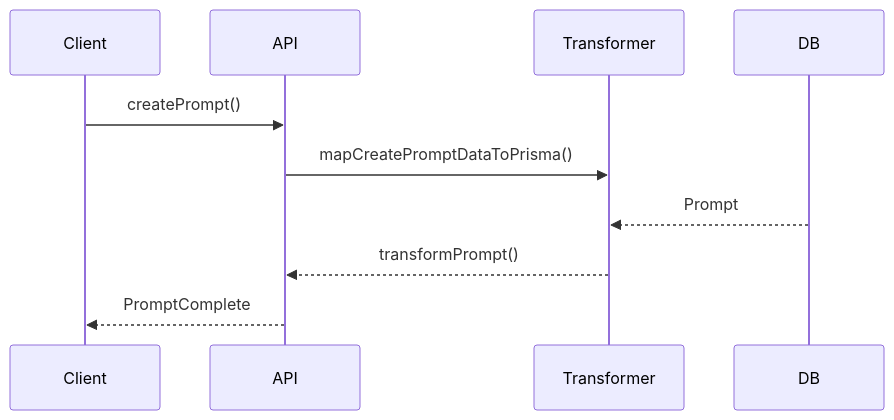
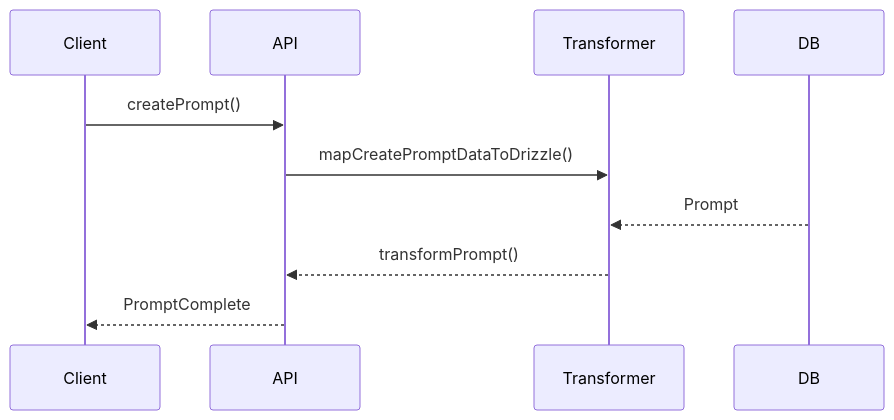
One commit to gvastethecreator/media-manager changed the second of 2 diagrams in src/types/entities/prompt/documentation.md. Above: the diagram before and after it, drawn with Mermaid. The commit also changed 185 other files, not shown here.

````diff
--- a/src/types/entities/prompt/documentation.md
+++ b/src/types/entities/prompt/documentation.md
@@ -70,13 +70,13 @@
 ```mermaid
 sequenceDiagram
     participant Client
     participant API
     participant Transformer
     participant DB
     Client->>API: createPrompt()
-    API->>Transformer: mapCreatePromptDataToPrisma()
+    API->>Transformer: mapCreatePromptDataToDrizzle()
     
     DB-->>Transformer: Prompt
     Transformer-->>API: transformPrompt()
     API-->>Client: PromptComplete
 ```
````
